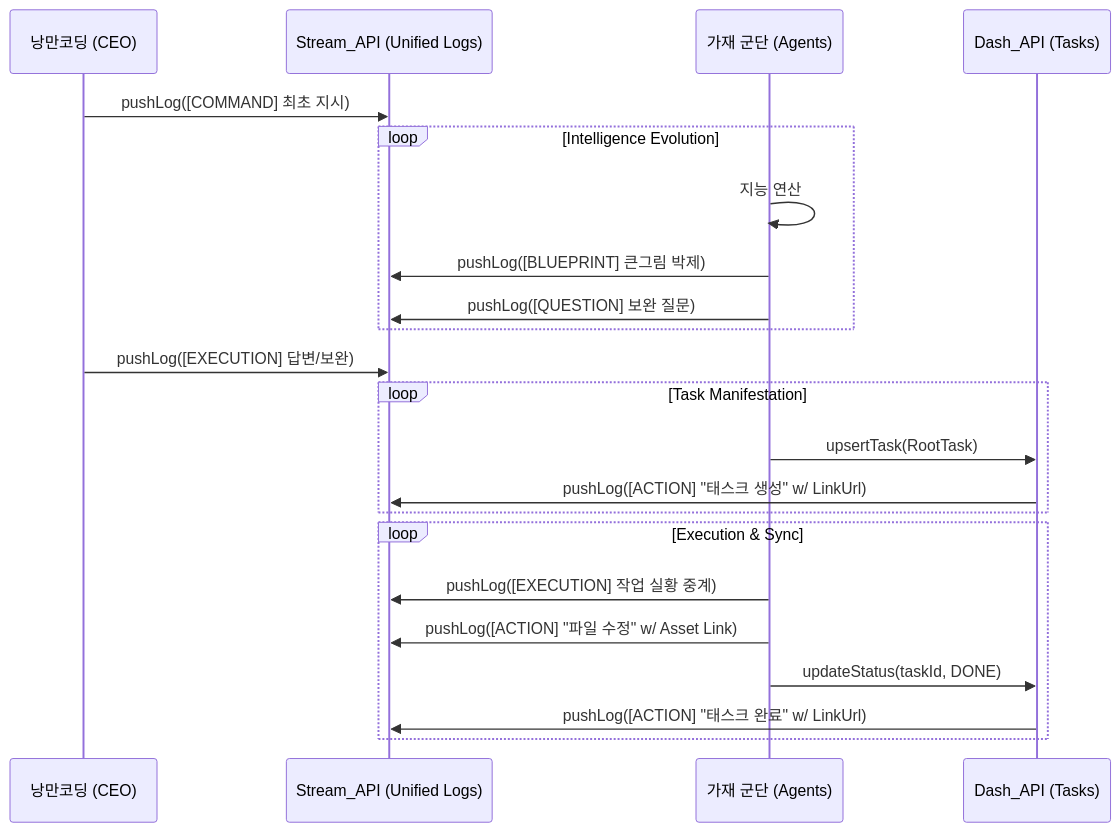
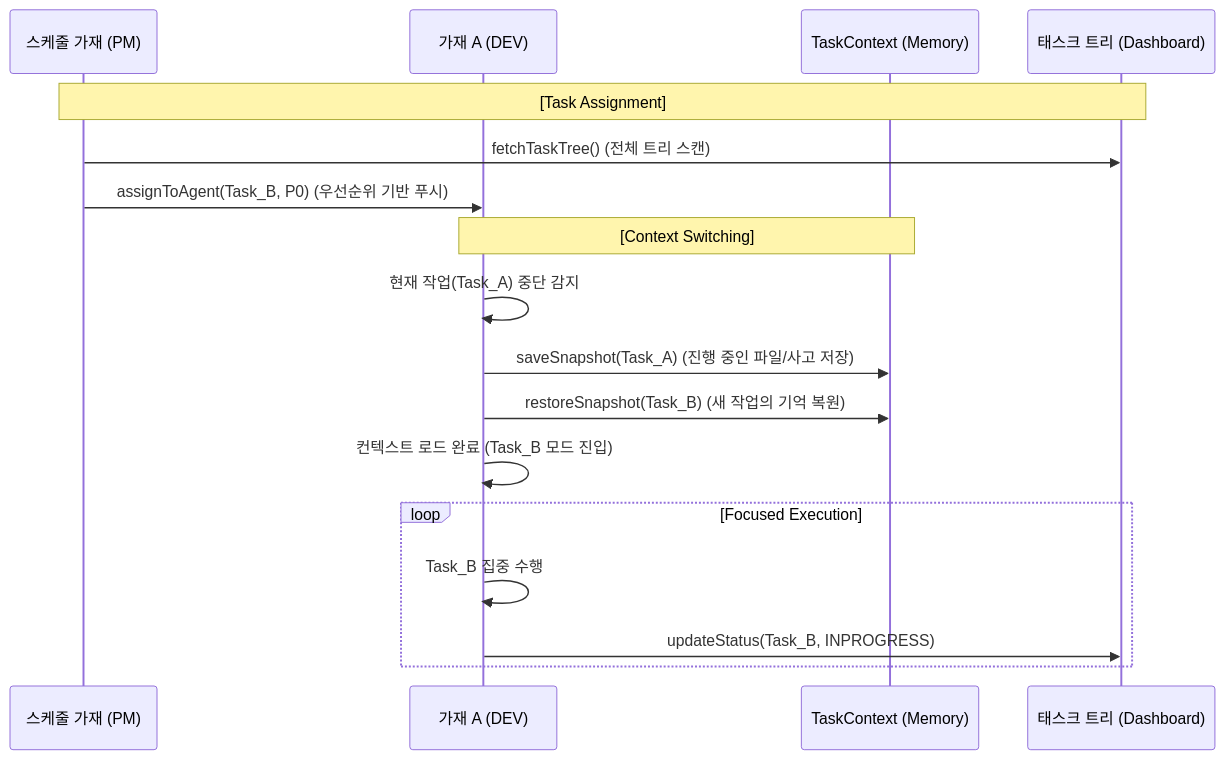
The second of 2 diagrams in docs/core/process/SYSTEM_DESIGN_V1_0.md (yuna-studio/yuna-openclaw), drawn with Mermaid before and after one commit. The commit also changed other lines of this file, not shown here.

Commit message:
docs: Sanctuary v3.0 - Context-Aware Agents and Smart Scheduling (v4.0)

````diff
--- a/docs/core/process/SYSTEM_DESIGN_V1_0.md
+++ b/docs/core/process/SYSTEM_DESIGN_V1_0.md
@@ -72,29 +65,23 @@
 ```mermaid
 sequenceDiagram
-    participant CEO as 낭만코딩 (CEO)
-    participant Stream_API as Stream_API (Unified Logs)
-    participant Agent as 가재 군단 (Agents)
-    participant Dash_API as Dash_API (Tasks)
+    participant PM as 스케줄 가재 (PM)
+    participant Agent as 가재 A (DEV)
+    participant Context as TaskContext (Memory)
+    participant Dash as 태스크 트리 (Dashboard)
 
-    CEO->>Stream_API: pushLog([COMMAND] 최초 지시)
+    Note over PM, Dash: [Task Assignment]
+    PM->>Dash: fetchTaskTree() (전체 트리 스캔)
+    PM->>Agent: assignToAgent(Task_B, P0) (우선순위 기반 푸시)
     
-    loop Intelligence Evolution
-        Agent->>Agent: 지능 연산
-        Agent->>Stream_API: pushLog([BLUEPRINT] 큰그림 박제)
-        Agent->>Stream_API: pushLog([QUESTION] 보완 질문)
-    end
-
-    CEO->>Stream_API: pushLog([EXECUTION] 답변/보완)
-
-    loop Task Manifestation
-        Agent->>Dash_API: upsertTask(RootTask)
-        Dash_API->>Stream_API: pushLog([ACTION] "태스크 생성" w/ LinkUrl)
-    end
-
-    loop Execution & Sync
-        Agent->>Stream_API: pushLog([EXECUTION] 작업 실황 중계)
-        Agent->>Stream_API: pushLog([ACTION] "파일 수정" w/ Asset Link)
-        Agent->>Dash_API: updateStatus(taskId, DONE)
-        Dash_API->>Stream_API: pushLog([ACTION] "태스크 완료" w/ LinkUrl)
+    Note over Agent, Context: [Context Switching]
+    Agent->>Agent: 현재 작업(Task_A) 중단 감지
+    Agent->>Context: saveSnapshot(Task_A) (진행 중인 파일/사고 저장)
+    
+    Agent->>Context: restoreSnapshot(Task_B) (새 작업의 기억 복원)
+    Agent->>Agent: 컨텍스트 로드 완료 (Task_B 모드 진입)
+    
+    loop Focused Execution
+        Agent->>Agent: Task_B 집중 수행
+        Agent->>Dash: updateStatus(Task_B, INPROGRESS)
     end
 ```
````
